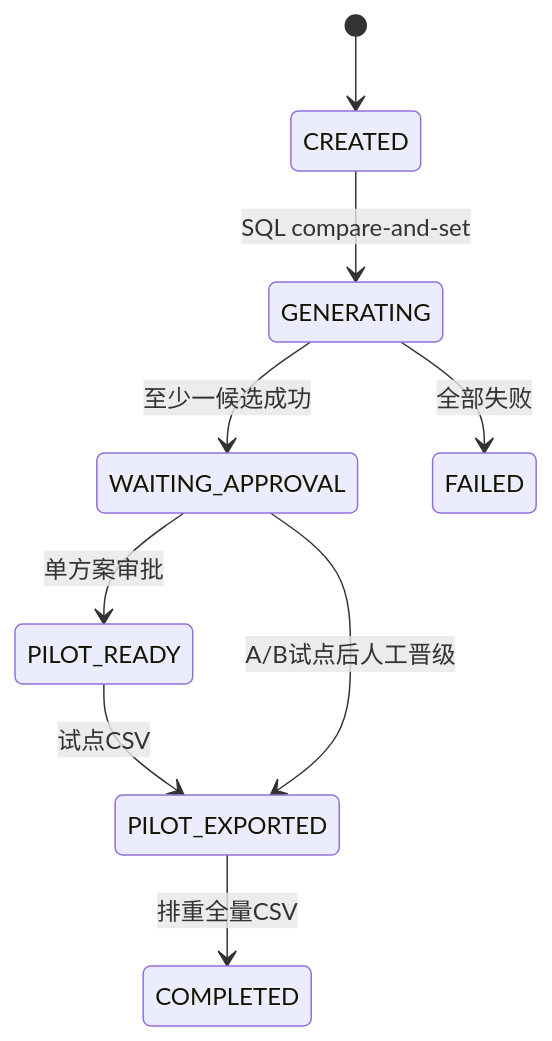
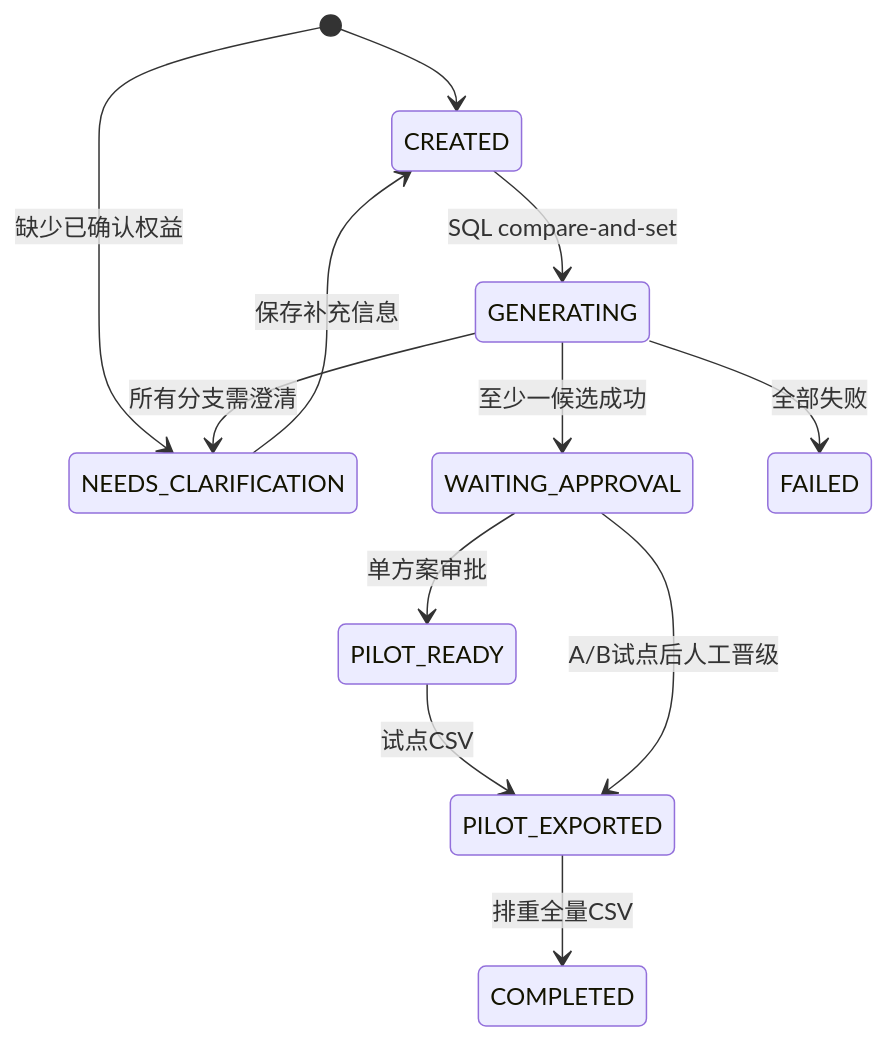
Before and after one commit to dellya-zhang/FlowPilot: the diagram in docs/设计映射与架构.md, drawn with Mermaid. The commit also changed other lines of this file and 27 other files, not shown here.

````diff
--- a/docs/设计映射与架构.md
+++ b/docs/设计映射与架构.md
@@ -28,11 +28,14 @@
 ```mermaid
 stateDiagram-v2
     [*] --> CREATED
     CREATED --> GENERATING: SQL compare-and-set
+    [*] --> NEEDS_CLARIFICATION: 缺少已确认权益
+    NEEDS_CLARIFICATION --> CREATED: 保存补充信息
+    GENERATING --> NEEDS_CLARIFICATION: 所有分支需澄清
     GENERATING --> WAITING_APPROVAL: 至少一候选成功
     GENERATING --> FAILED: 全部失败
     WAITING_APPROVAL --> PILOT_READY: 单方案审批
     PILOT_READY --> PILOT_EXPORTED: 试点CSV
     WAITING_APPROVAL --> PILOT_EXPORTED: A/B试点后人工晋级
     PILOT_EXPORTED --> COMPLETED: 排重全量CSV
 ```
````
